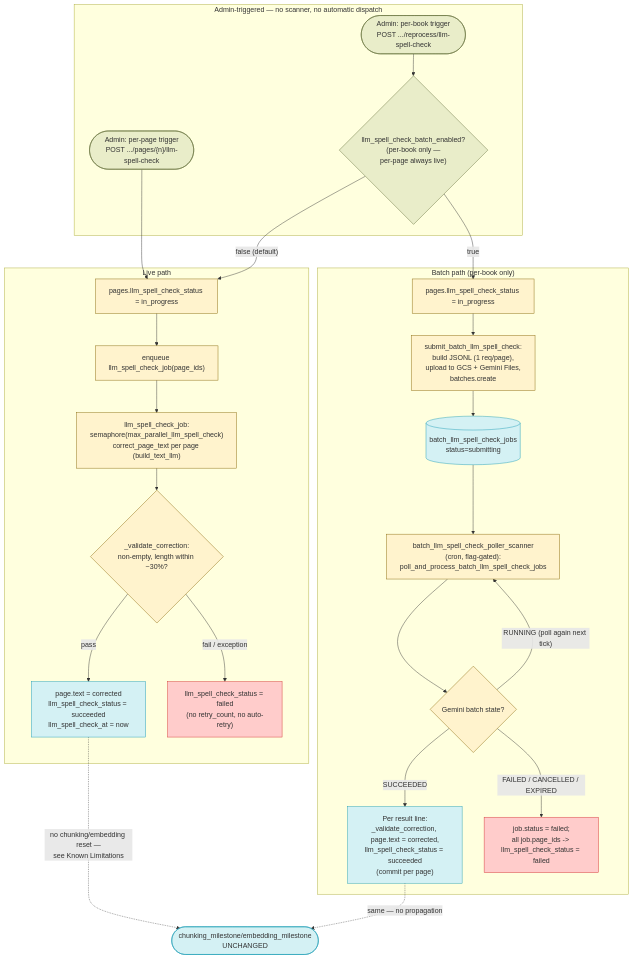
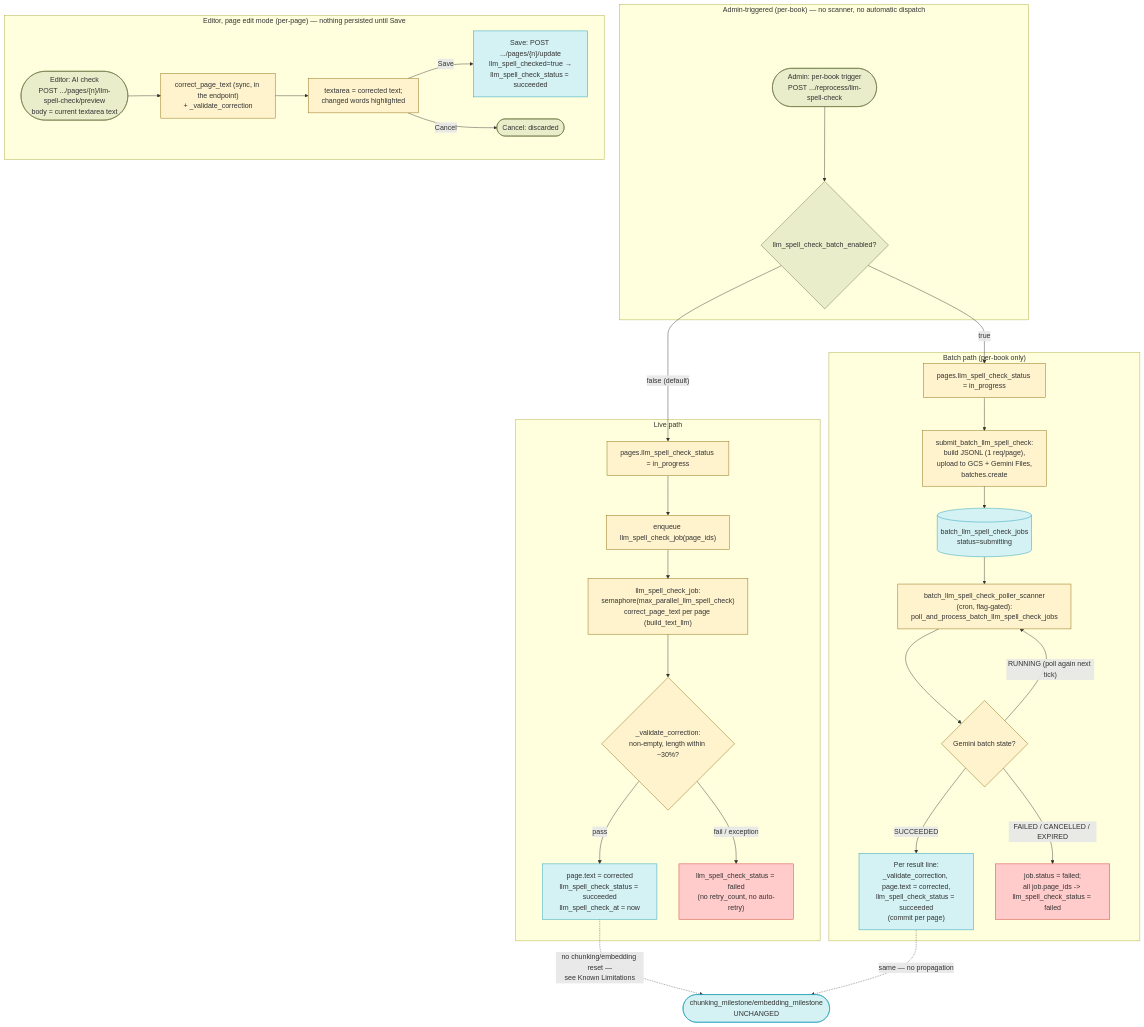
The third of 4 diagrams in docs/main/SPELLCHECK_DESIGN.md (Kitabim-AI/kitabim-ai), drawn with Mermaid before and after one commit. The commit also changed other lines of this file and 6 other files, not shown here.

First line of the commit message:
docs: per-page LLM spell check moved to edit-mode preview

````diff
--- a/docs/main/SPELLCHECK_DESIGN.md
+++ b/docs/main/SPELLCHECK_DESIGN.md
@@ -485,55 +485,66 @@
 ```mermaid
 flowchart TD
-    subgraph LLMTrigger ["Admin-triggered — no scanner, no automatic dispatch"]
-        ADMIN_PAGE(["Admin: per-page trigger<br/>POST .../pages/{n}/llm-spell-check"])
+    subgraph LLMTrigger ["Admin-triggered (per-book) — no scanner, no automatic dispatch"]
         ADMIN_BOOK(["Admin: per-book trigger<br/>POST .../reprocess/llm-spell-check"])
-        FLAG_CHECK{"llm_spell_check_batch_enabled?<br/>(per-book only —<br/>per-page always live)"}
+        FLAG_CHECK{"llm_spell_check_batch_enabled?"}
+    end
+
+    subgraph EditPreview ["Editor, page edit mode (per-page) — nothing persisted until Save"]
+        EDIT_PREVIEW(["Editor: AI check<br/>POST .../pages/{n}/llm-spell-check/preview<br/>body = current textarea text"])
+        PREVIEW_RUN["correct_page_text (sync, in the endpoint)<br/>+ _validate_correction"]
+        PREVIEW_UI["textarea = corrected text;<br/>changed words highlighted"]
+        PREVIEW_SAVE["Save: POST .../pages/{n}/update<br/>llm_spell_checked=true →<br/>llm_spell_check_status = succeeded"]
+        PREVIEW_CANCEL(["Cancel: discarded"])
     end
 
     subgraph LiveLLM ["Live path"]
         LIVE_SET["pages.llm_spell_check_status = in_progress"]
         LIVE_ENQ["enqueue llm_spell_check_job(page_ids)"]
         LIVE_RUN["llm_spell_check_job:<br/>semaphore(max_parallel_llm_spell_check)<br/>correct_page_text per page (build_text_llm)"]
         LIVE_VALIDATE{"_validate_correction:<br/>non-empty, length within ~30%?"}
         LIVE_OK["page.text = corrected<br/>llm_spell_check_status = succeeded<br/>llm_spell_check_at = now"]
         LIVE_FAIL["llm_spell_check_status = failed<br/>(no retry_count, no auto-retry)"]
     end
 
     subgraph BatchLLM ["Batch path (per-book only)"]
         BATCH_SUBMIT["submit_batch_llm_spell_check:<br/>build JSONL (1 req/page),<br/>upload to GCS + Gemini Files,<br/>batches.create"]
         BATCH_JOB[("batch_llm_spell_check_jobs<br/>status=submitting")]
         BATCH_SET["pages.llm_spell_check_status = in_progress"]
         BATCH_POLL["batch_llm_spell_check_poller_scanner<br/>(cron, flag-gated):<br/>poll_and_process_batch_llm_spell_check_jobs"]
         BATCH_STATE{"Gemini batch state?"}
         BATCH_APPLY["Per result line:<br/>_validate_correction, page.text = corrected,<br/>llm_spell_check_status = succeeded<br/>(commit per page)"]
         BATCH_TERM_FAIL["job.status = failed;<br/>all job.page_ids -> llm_spell_check_status = failed"]
     end
 
-    ADMIN_PAGE --> LIVE_SET
+    EDIT_PREVIEW --> PREVIEW_RUN --> PREVIEW_UI
+    PREVIEW_UI -- Save --> PREVIEW_SAVE
+    PREVIEW_UI -- Cancel --> PREVIEW_CANCEL
     ADMIN_BOOK --> FLAG_CHECK
     FLAG_CHECK -- "false (default)" --> LIVE_SET
     FLAG_CHECK -- "true" --> BATCH_SET
 
     LIVE_SET --> LIVE_ENQ --> LIVE_RUN --> LIVE_VALIDATE
     LIVE_VALIDATE -- "pass" --> LIVE_OK
     LIVE_VALIDATE -- "fail / exception" --> LIVE_FAIL
 
     BATCH_SET --> BATCH_SUBMIT --> BATCH_JOB
     BATCH_JOB --> BATCH_POLL --> BATCH_STATE
     BATCH_STATE -- SUCCEEDED --> BATCH_APPLY
     BATCH_STATE -- "FAILED / CANCELLED / EXPIRED" --> BATCH_TERM_FAIL
     BATCH_STATE -- "RUNNING (poll again next tick)" --> BATCH_POLL
 
     LIVE_OK -.->|"no chunking/embedding reset —<br/>see Known Limitations"| NOPROP(["chunking_milestone/embedding_milestone<br/>UNCHANGED"])
     BATCH_APPLY -.->|"same — no propagation"| NOPROP
 
     classDef idle fill:#e9edc9,stroke:#606c38
     classDef active fill:#fff3cd,stroke:#856404
     classDef done fill:#d4f1f4,stroke:#189ab4
     classDef fail fill:#ffcccb,stroke:#d32f2f
 
-    class ADMIN_PAGE,ADMIN_BOOK,FLAG_CHECK idle
+    class ADMIN_BOOK,FLAG_CHECK,EDIT_PREVIEW,PREVIEW_CANCEL idle
+    class PREVIEW_RUN,PREVIEW_UI active
+    class PREVIEW_SAVE done
     class LIVE_SET,LIVE_ENQ,LIVE_RUN,LIVE_VALIDATE,BATCH_SUBMIT,BATCH_SET,BATCH_POLL,BATCH_STATE active
     class LIVE_OK,BATCH_JOB,BATCH_APPLY,NOPROP done
     class LIVE_FAIL,BATCH_TERM_FAIL fail
 ```
````
